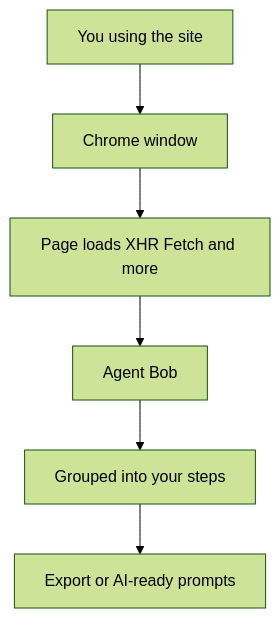
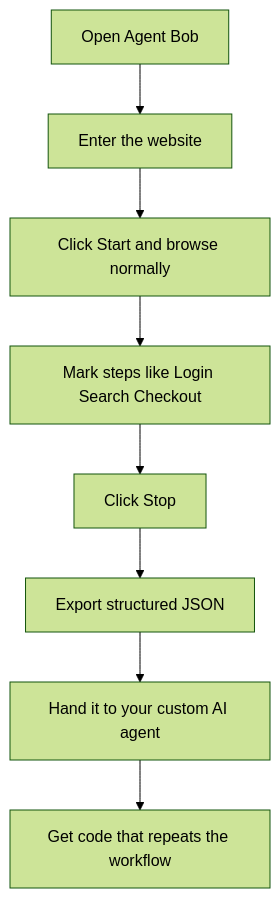
Before and after one commit to MasterOfLogic1/BobAgentApp: the second of 3 diagrams in README.md, drawn with Mermaid (forest theme). The commit also changed other lines of this file, not shown here.

First line of the commit message:
Clarify Agent Bob as an RPA API-capture desktop app.

````diff
--- a/README.md
+++ b/README.md
@@ -49,8 +42,10 @@
 ```mermaid
 flowchart TB
-  User[You using the site] --> Chrome[Chrome window]
-  Chrome --> Calls[Page loads XHR Fetch and more]
-  Calls --> Bob[Agent Bob]
-  Bob --> Steps[Grouped into your steps]
-  Steps --> Out[Export or AI-ready prompts]
+  Start[Open Agent Bob] --> URL[Enter the website]
+  URL --> Record[Click Start and browse normally]
+  Record --> Steps[Mark steps like Login Search Checkout]
+  Steps --> Stop[Click Stop]
+  Stop --> JSON[Export structured JSON]
+  JSON --> AI[Hand it to your custom AI agent]
+  AI --> Code[Get code that repeats the workflow]
 ```
````
